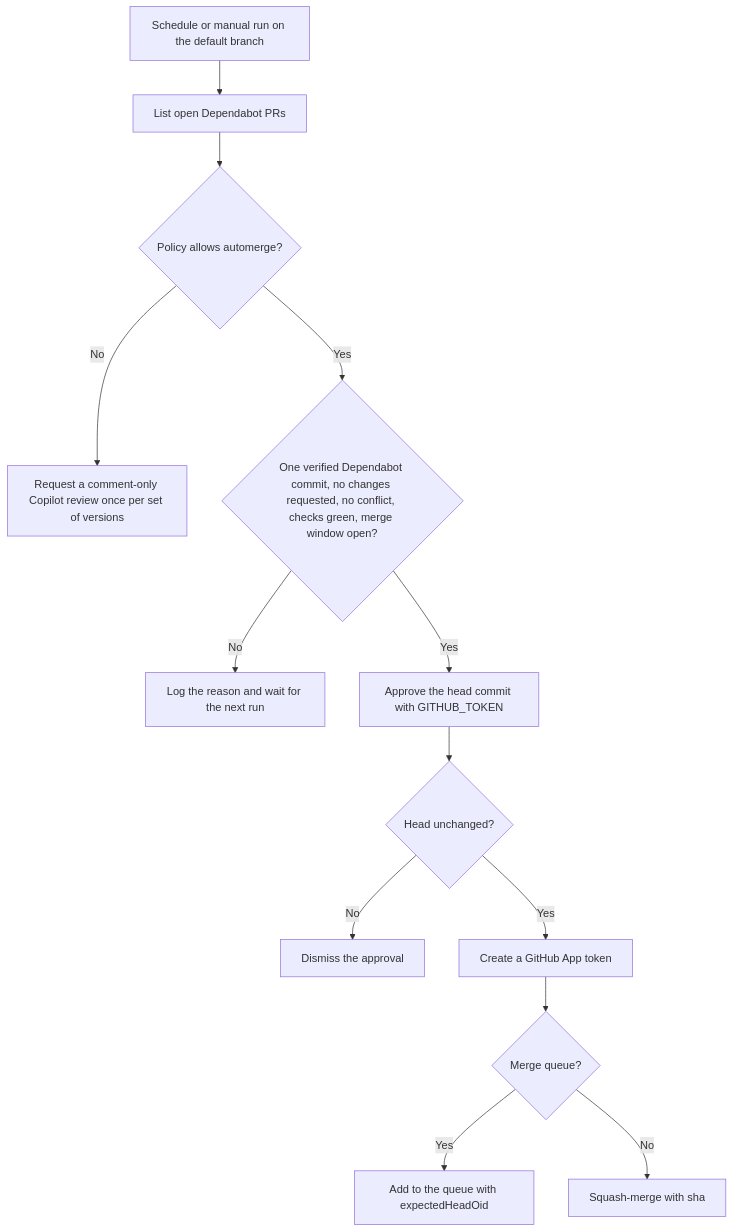
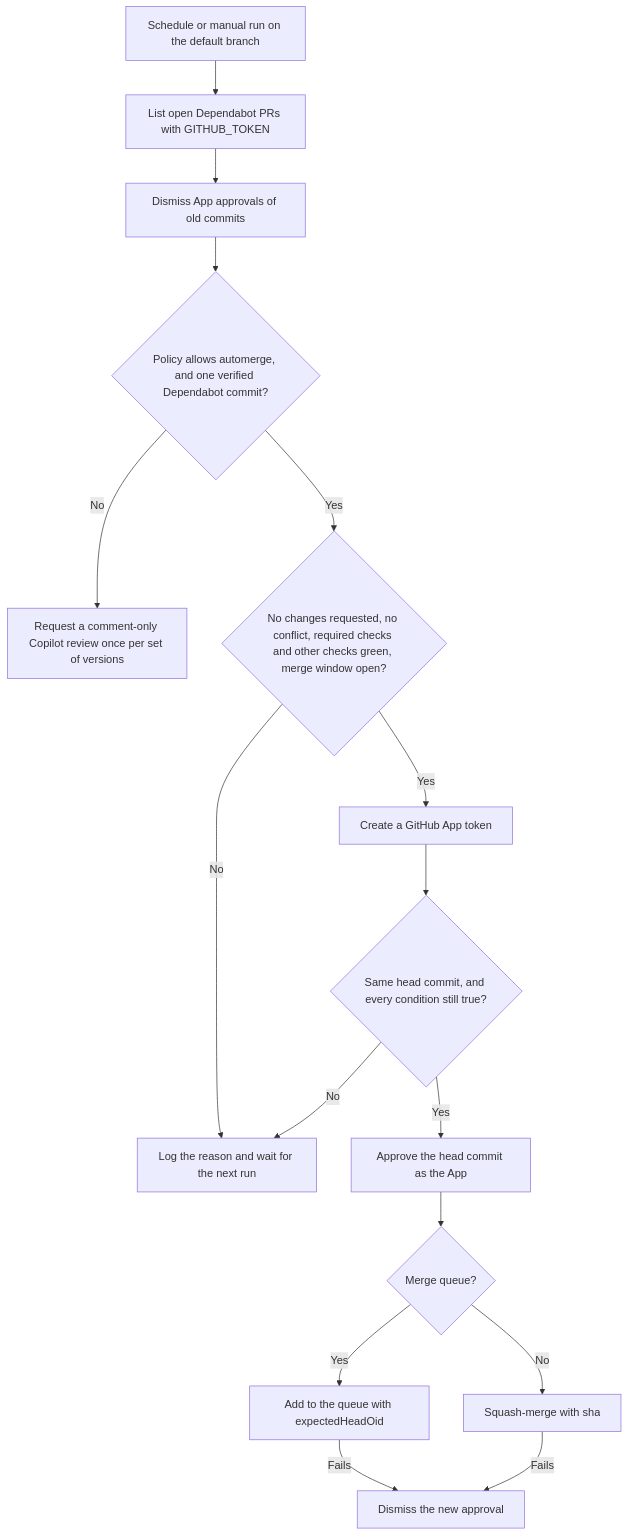
The diagram in docs/dependabot-automerge.md (navikt/teamesyfo-github-actions-workflows), drawn with Mermaid before and after one commit. The commit also changed other lines of this file and 6 other files, not shown here.

First line of the commit message:
fix(dependabot-automerge): la appen godkjenne og krev påkrevde sjekker

````diff
--- a/docs/dependabot-automerge.md
+++ b/docs/dependabot-automerge.md
@@ -51,15 +74,18 @@
 ```mermaid
 flowchart TD
-    A[Schedule or manual run on the default branch] --> B[List open Dependabot PRs]
-    B --> C{Policy allows automerge?}
+    A[Schedule or manual run on the default branch] --> B[List open Dependabot PRs with GITHUB_TOKEN]
+    B --> S[Dismiss App approvals of old commits]
+    S --> C{Policy allows automerge, and one verified Dependabot commit?}
     C -->|No| D[Request a comment-only Copilot review once per set of versions]
-    C -->|Yes| E{One verified Dependabot commit, no changes requested, no conflict, checks green, merge window open?}
+    C -->|Yes| E{No changes requested, no conflict, required checks and other checks green, merge window open?}
     E -->|No| F[Log the reason and wait for the next run]
-    E -->|Yes| G[Approve the head commit with GITHUB_TOKEN]
-    G --> H{Head unchanged?}
-    H -->|No| I[Dismiss the approval]
-    H -->|Yes| J[Create a GitHub App token]
-    J --> K{Merge queue?}
+    E -->|Yes| J[Create a GitHub App token]
+    J --> R{Same head commit, and every condition still true?}
+    R -->|No| F
+    R -->|Yes| G[Approve the head commit as the App]
+    G --> K{Merge queue?}
     K -->|Yes| L[Add to the queue with expectedHeadOid]
     K -->|No| M[Squash-merge with sha]
+    L -->|Fails| I[Dismiss the new approval]
+    M -->|Fails| I
 ```
````
